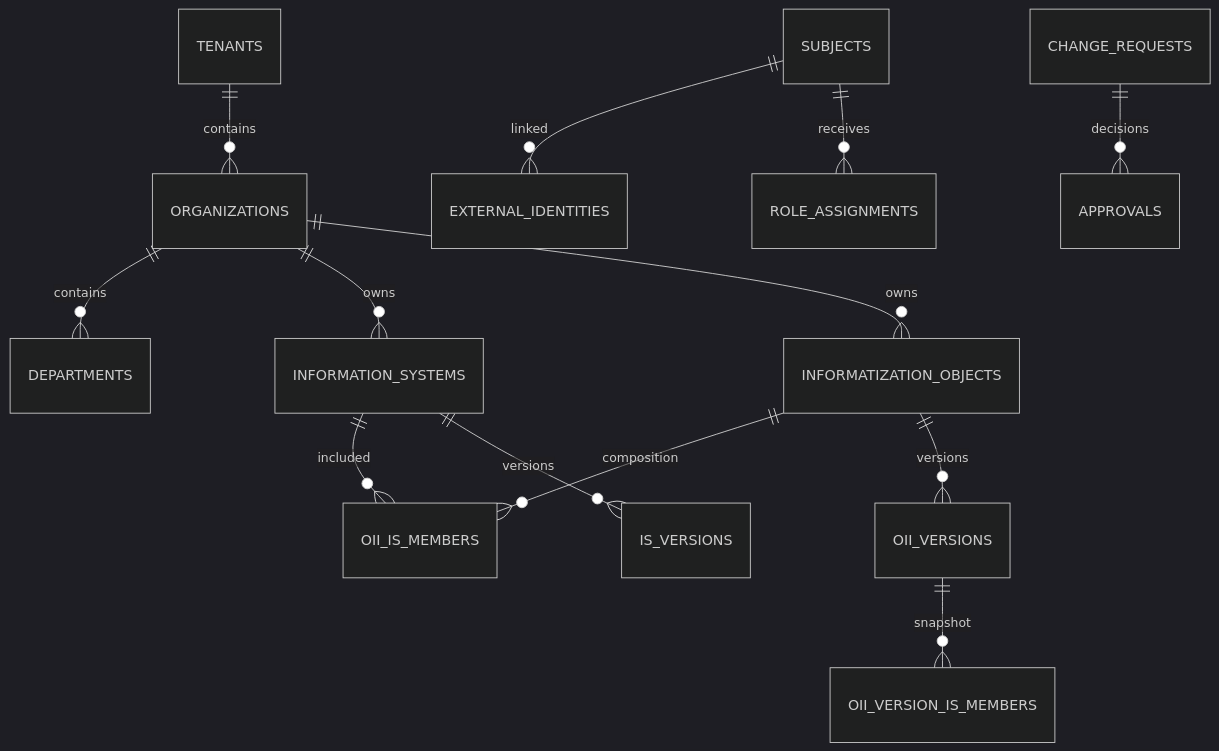
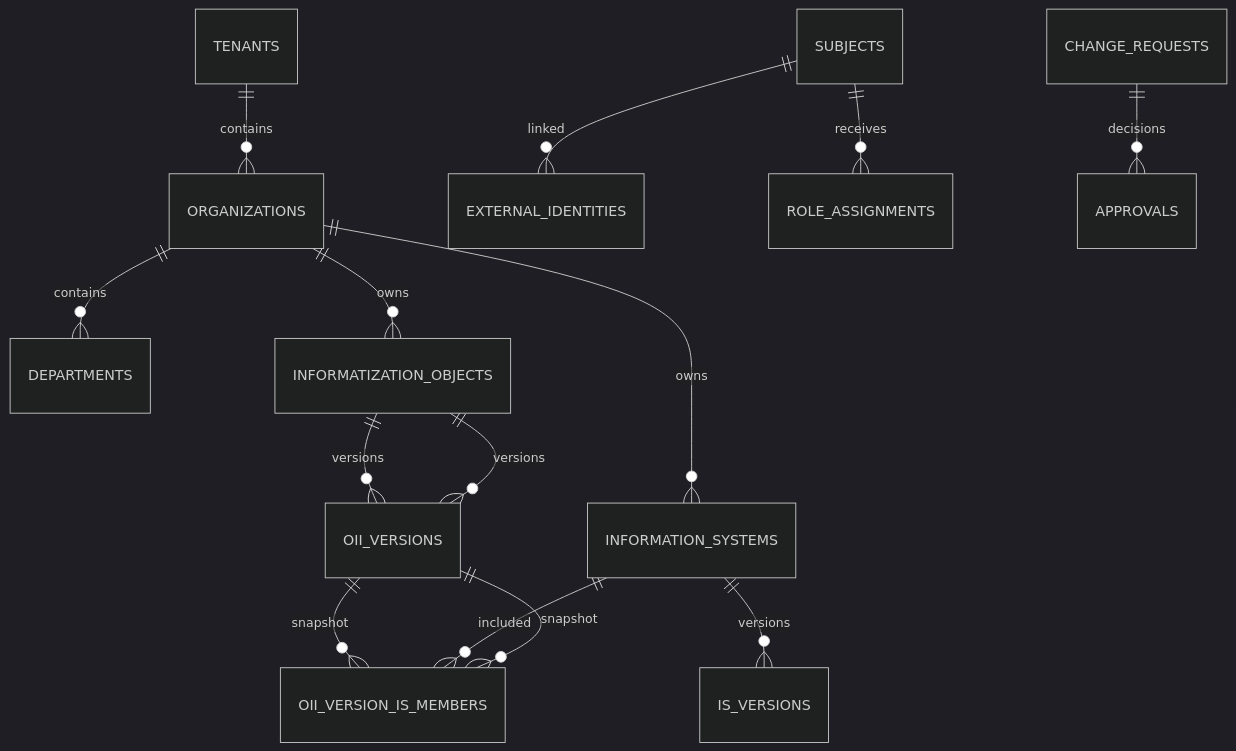
Before and after one commit to balzorn/e5-atlasis: the diagram in docs/architecture/data-model-v1.md, drawn with Mermaid (dark theme). The commit also changed other lines of this file, not shown here.

Commit message:
docs: make versioned OII composition the source of truth

````diff
--- a/docs/architecture/data-model-v1.md
+++ b/docs/architecture/data-model-v1.md
@@ -36,15 +36,16 @@
 ```mermaid
 erDiagram
     TENANTS ||--o{ ORGANIZATIONS : contains
     ORGANIZATIONS ||--o{ DEPARTMENTS : contains
     ORGANIZATIONS ||--o{ INFORMATION_SYSTEMS : owns
     ORGANIZATIONS ||--o{ INFORMATIZATION_OBJECTS : owns
-    INFORMATIZATION_OBJECTS ||--o{ OII_IS_MEMBERS : composition
-    INFORMATION_SYSTEMS ||--o{ OII_IS_MEMBERS : included
+    INFORMATIZATION_OBJECTS ||--o{ OII_VERSIONS : versions
+    OII_VERSIONS ||--o{ OII_VERSION_IS_MEMBERS : snapshot
+    INFORMATION_SYSTEMS ||--o{ OII_VERSION_IS_MEMBERS : included
     SUBJECTS ||--o{ EXTERNAL_IDENTITIES : linked
     SUBJECTS ||--o{ ROLE_ASSIGNMENTS : receives
     INFORMATION_SYSTEMS ||--o{ IS_VERSIONS : versions
     INFORMATIZATION_OBJECTS ||--o{ OII_VERSIONS : versions
     OII_VERSIONS ||--o{ OII_VERSION_IS_MEMBERS : snapshot
     CHANGE_REQUESTS ||--o{ APPROVALS : decisions
 ```
````
